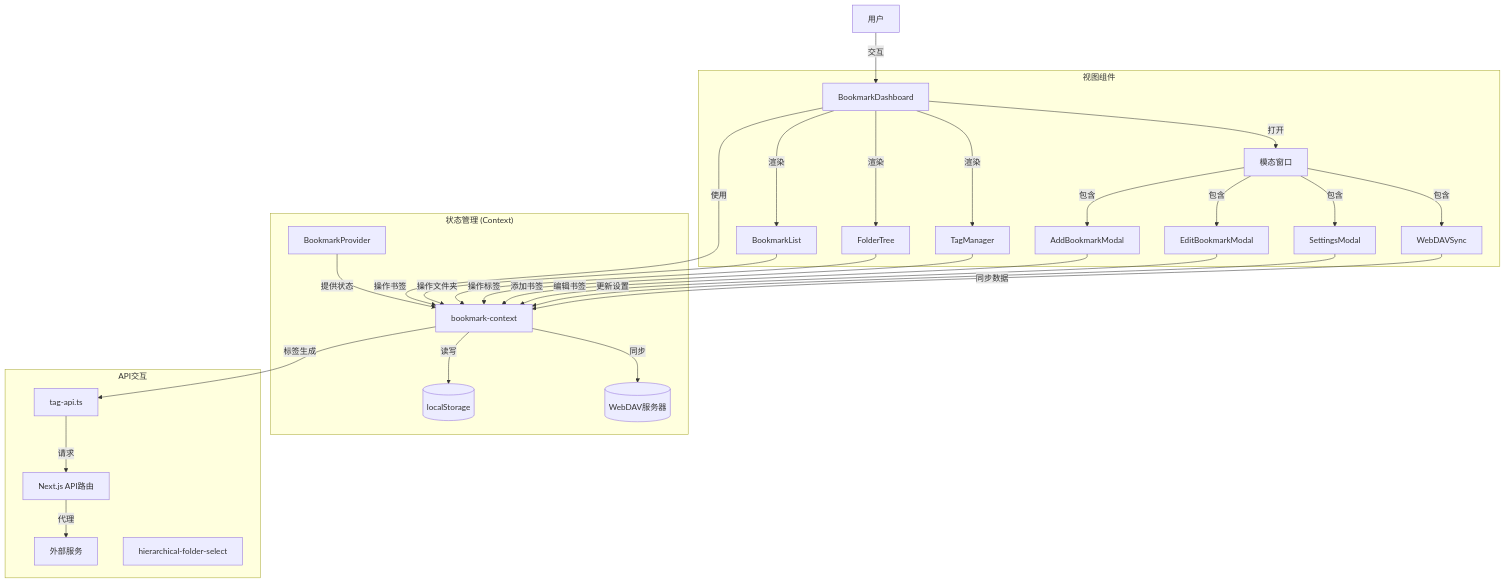
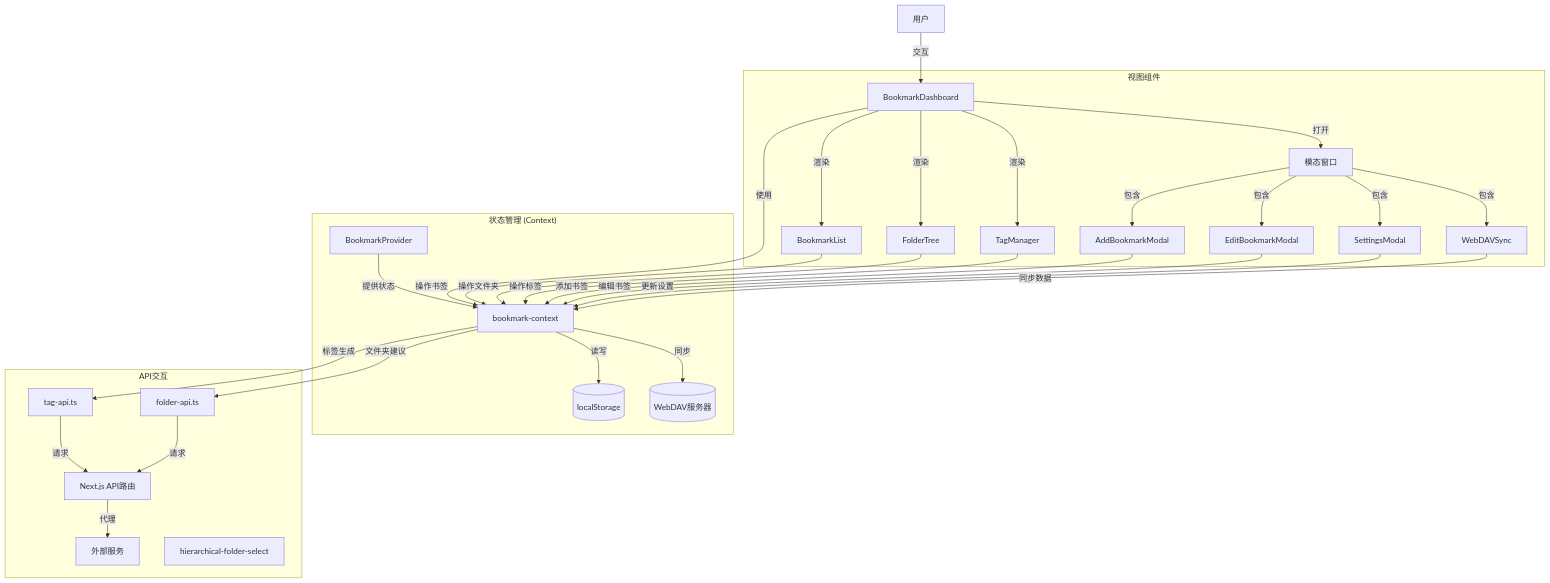
Before and after one commit to Syferie/MarkHub: the diagram in README.md, drawn with Mermaid. The commit also changed other lines of this file and 6 other files, not shown here.

````diff
--- a/README.md
+++ b/README.md
@@ -116,41 +127,43 @@
 ```mermaid
 flowchart TD
     User[用户] -->|交互| Dashboard[BookmarkDashboard]
     
     %% 状态管理层
     subgraph Context["状态管理 (Context)"]
         BP[BookmarkProvider] -->|提供状态| BC[bookmark-context]
         BC -->|读写| LS[(localStorage)]
         BC -->|同步| WebDAV[(WebDAV服务器)]
     end
     
     %% 视图层
     subgraph Views["视图组件"]
         Dashboard -->|渲染| BL[BookmarkList]
         Dashboard -->|渲染| FT[FolderTree]
         Dashboard -->|渲染| TM[TagManager]
         Dashboard -->|打开| Modal[模态窗口]
         Modal -->|包含| ABM[AddBookmarkModal]
         Modal -->|包含| EBM[EditBookmarkModal]
         Modal -->|包含| SM[SettingsModal]
         Modal -->|包含| WS[WebDAVSync]
     end
     
     %% API交互层
     subgraph API["API交互"]
         TA[tag-api.ts] -->|请求| NR[Next.js API路由]
+        FA[folder-api.ts] -->|请求| NR[Next.js API路由]
         NR -->|代理| ES[外部服务]
         HFS[hierarchical-folder-select]
     end
     
     %% 数据流动
     Dashboard -->|使用| BC
     BL -->|操作书签| BC
     FT -->|操作文件夹| BC
     TM -->|操作标签| BC
     ABM -->|添加书签| BC
     EBM -->|编辑书签| BC
     SM -->|更新设置| BC
     WS -->|同步数据| BC
     BC -->|标签生成| TA
+    BC -->|文件夹建议| FA
 ```
````
